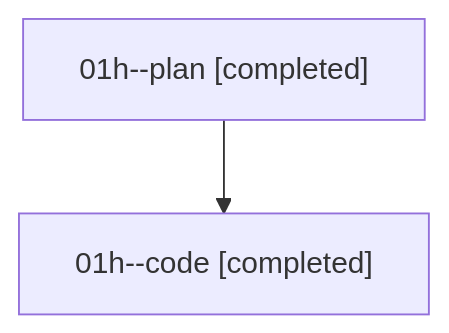
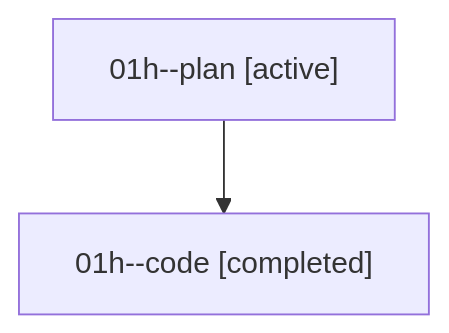
The diagram in families/bbugyi200.athena.01h.md (sase-org/sase--agents), drawn with Mermaid before and after one commit. The commit also changed other lines of this file and 35830 other files, not shown here.

````diff
--- a/families/bbugyi200.athena.01h.md
+++ b/families/bbugyi200.athena.01h.md
@@ -9,6 +9,6 @@
 ```mermaid
 flowchart TD
-  n0["01h--plan [completed]"]
+  n0["01h--plan [active]"]
   n1["01h--code [completed]"]
   n0 --> n1
 ```
````
